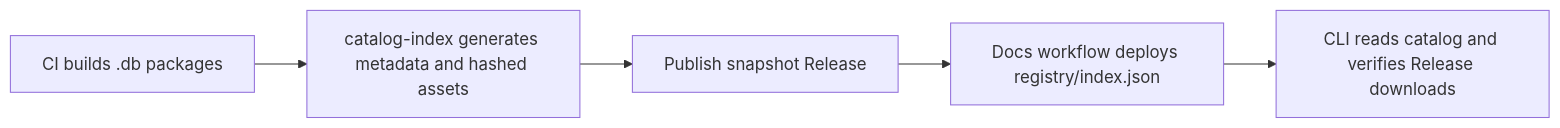
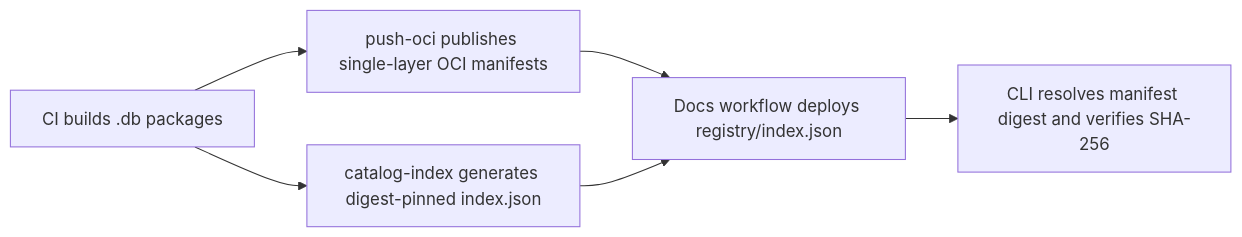
One commit to mehdihadeli/ContextKit changed the second of 2 diagrams in README.md. Above: the diagram before and after it, drawn with Mermaid. The commit also changed other lines of this file and 52 other files, not shown here.

````diff
--- a/README.md
+++ b/README.md
@@ -782,7 +758,8 @@
 ```mermaid
 flowchart LR
-  build["CI builds .db packages"] --> catalog["catalog-index generates metadata and hashed assets"]
-  catalog --> assets["Publish snapshot Release"]
-  assets --> pages["Docs workflow deploys registry/index.json"]
-  pages --> client["CLI reads catalog and verifies Release downloads"]
+  build["CI builds .db packages"] --> push["push-oci publishes single-layer OCI manifests"]
+  build --> catalog["catalog-index generates digest-pinned index.json"]
+  push --> pages["Docs workflow deploys registry/index.json"]
+  catalog --> pages
+  pages --> client["CLI resolves manifest digest and verifies SHA-256"]
 ```
````
